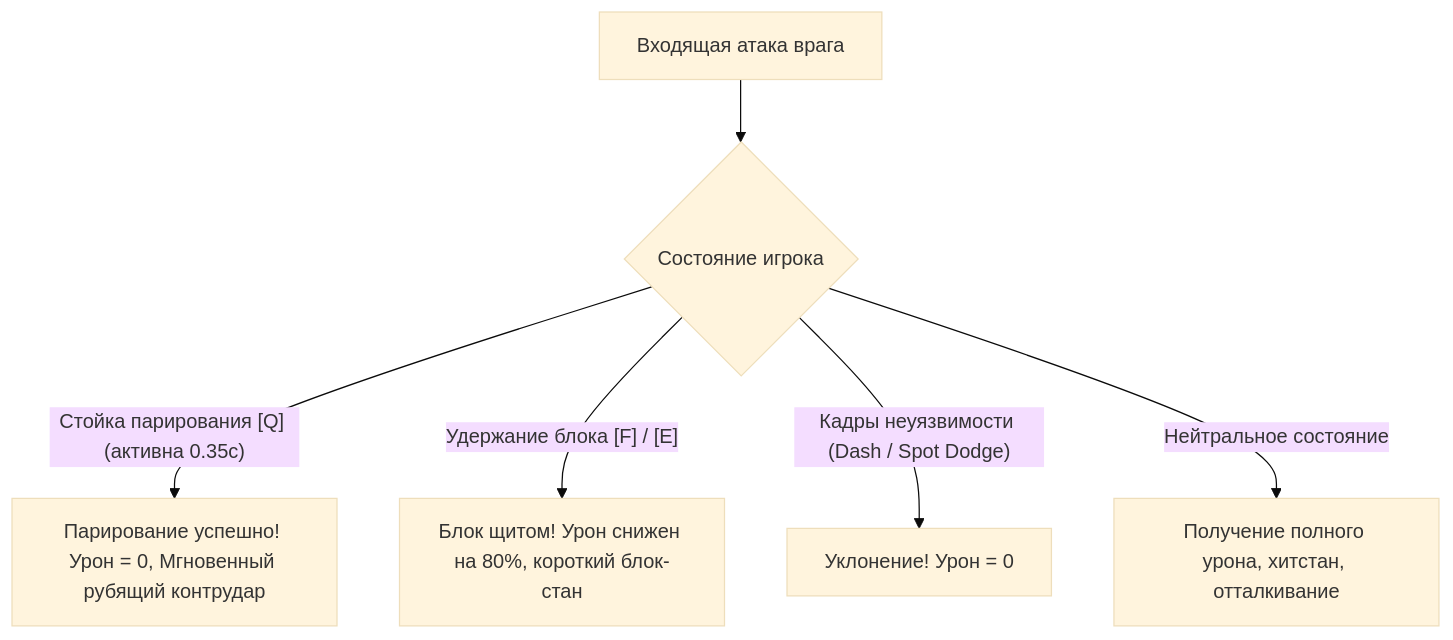
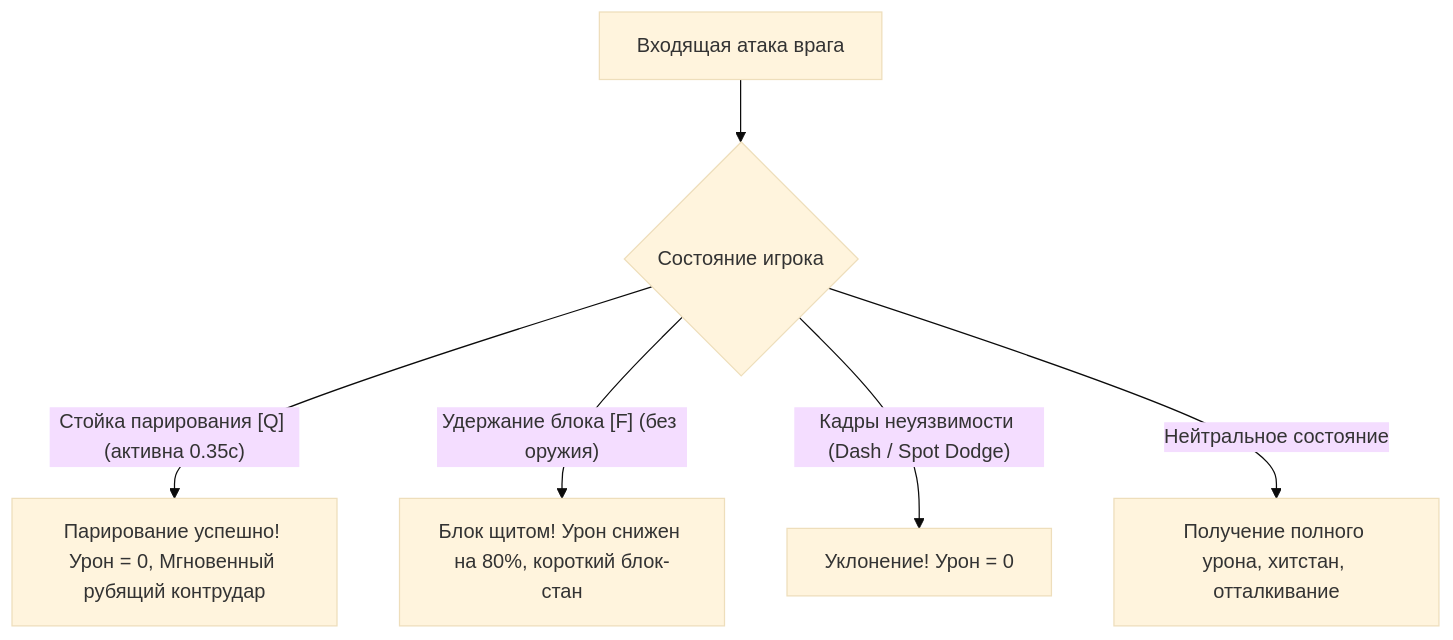
One commit to OnePatchMan/SFML_working_version changed the diagram in docs/player_mechanics.md. Above: the diagram before and after it, drawn with Mermaid (base theme). The commit also changed other lines of this file and 99 other files, not shown here.

````diff
--- a/docs/player_mechanics.md
+++ b/docs/player_mechanics.md
@@ -48,9 +51,9 @@
 ```mermaid
 flowchart TD
     Attack["Входящая атака врага"] --> CheckState{"Состояние игрока"}
 
     CheckState -- "Стойка парирования [Q] (активна 0.35с)" --> ParrySuccess["Парирование успешно! Урон = 0, Мгновенный рубящий контрудар"]
-    CheckState -- "Удержание блока [F] / [E]" --> BlockSuccess["Блок щитом! Урон снижен на 80%, короткий блок-стан"]
+    CheckState -- "Удержание блока [F] (без оружия)" --> BlockSuccess["Блок щитом! Урон снижен на 80%, короткий блок-стан"]
     CheckState -- "Кадры неуязвимости (Dash / Spot Dodge)" --> DodgeSuccess["Уклонение! Урон = 0"]
     CheckState -- "Нейтральное состояние" --> HitTaken["Получение полного урона, хитстан, отталкивание"]
 ```
````
